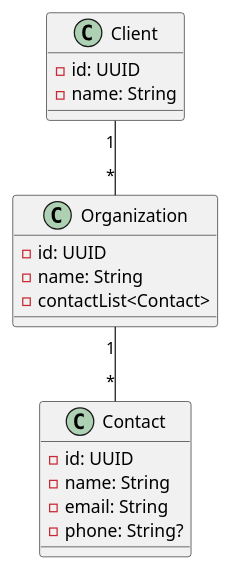
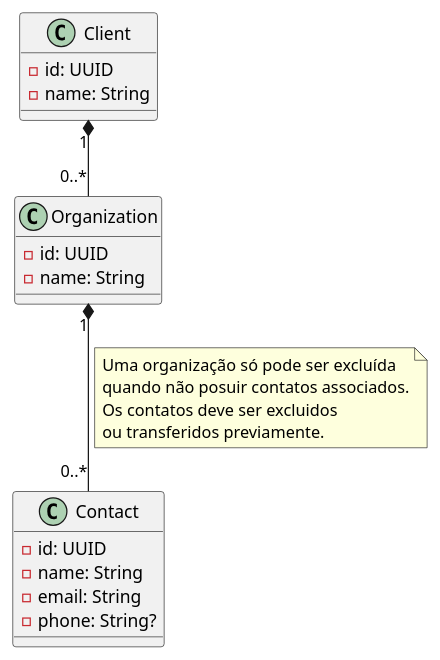
The diagram in docs/UContact.puml (dcapote92/UContact), drawn with PlantUML before and after one commit.

Commit message:
fix: stablish UML design

```diff
--- a/docs/UContact.puml
+++ b/docs/UContact.puml
@@ -1,27 +1,32 @@
 @startuml
 
 class Client{
     - id: UUID
     - name: String
 }
 
 class Organization{
     - id: UUID
     - name: String
-    - contactList<Contact>
 }
 
 class Contact{
     - id: UUID
     - name: String
     - email: String
     - phone: String?
 }
 
-Client "1" -- "*" Organization
-Organization "1" -- "*" Contact
+Client "1" *-- "0..*" Organization
+Organization "1" *-- "0..*" Contact
 
+note on link
+    Uma organização só pode ser excluída
+    quando não posuir contatos associados.
+    Os contatos deve ser excluidos
+    ou transferidos previamente.
+end note
 
 
 
 @enduml
```
